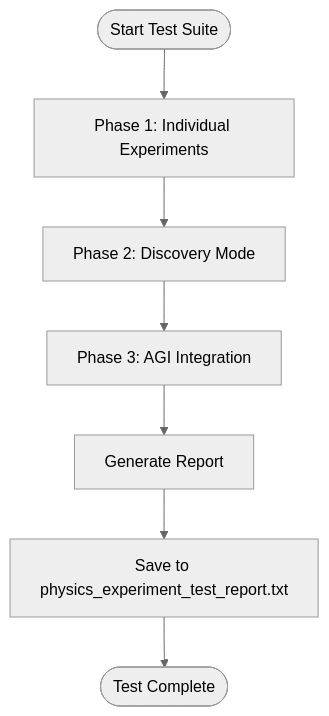
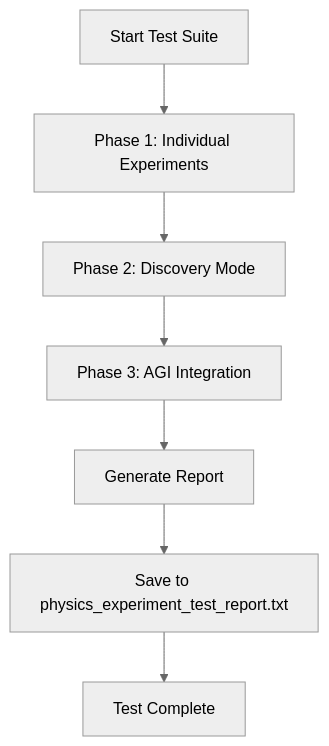
Before and after one commit to Likhithsai2580/RAVANA-WIKI: the third of 3 diagrams in docs/Specialized Modules/Physics Experimentation.md, drawn with Mermaid (neutral theme). The commit also changed 52 other files, not shown here.

First line of the commit message:
chore(docs): update documentation content, fix Mermaid diagrams, and enhance README

````diff
--- a/docs/Specialized Modules/Physics Experimentation.md
+++ b/docs/Specialized Modules/Physics Experimentation.md
@@ -172,9 +172,9 @@
 ```mermaid
 flowchart TD
-Start([Start Test Suite]) --> Phase1["Phase 1: Individual Experiments"]
+Start["Start Test Suite"] --> Phase1["Phase 1: Individual Experiments"]
 Phase1 --> Phase2["Phase 2: Discovery Mode"]
 Phase2 --> Phase3["Phase 3: AGI Integration"]
 Phase3 --> Report["Generate Report"]
 Report --> Save["Save to physics_experiment_test_report.txt"]
-Save --> End([Test Complete])
+Save --> End["Test Complete"]
 ```
````
